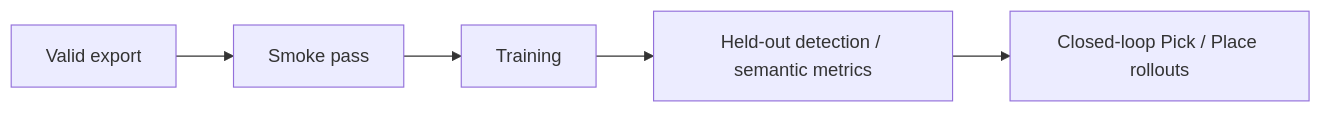
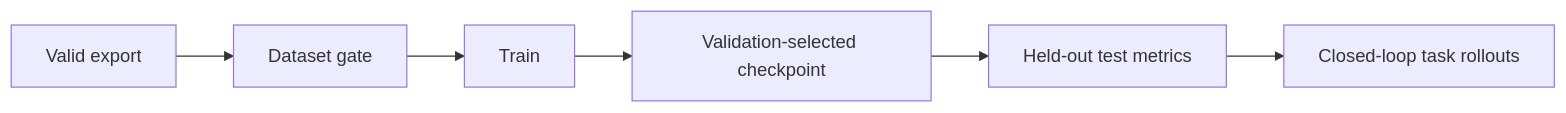
The second of 2 diagrams in training/README.md (angelinemar/NSTC-Surgical-Instrument-Pick-Place), drawn with Mermaid before and after one commit. The commit also changed other lines of this file and 11 other files, not shown here.

````diff
--- a/training/README.md
+++ b/training/README.md
@@ -70,7 +116,8 @@
 ```mermaid
 flowchart LR
-    A["Valid export"] --> B["Smoke pass"]
-    B --> C["Training"]
-    C --> D["Held-out detection / semantic metrics"]
-    D --> E["Closed-loop Pick / Place rollouts"]
+    A["Valid export"] --> B["Dataset gate"]
+    B --> C["Train"]
+    C --> D["Validation-selected checkpoint"]
+    D --> E["Held-out test metrics"]
+    E --> F["Closed-loop task rollouts"]
 ```
````
